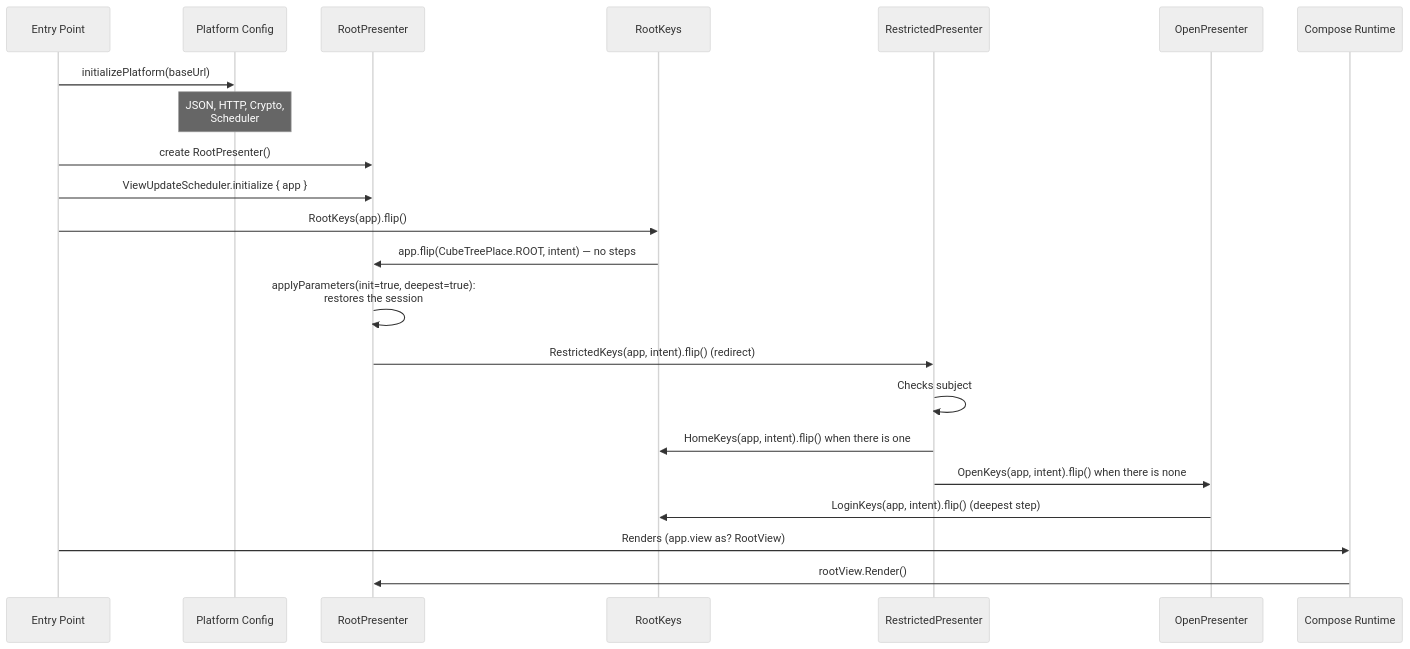
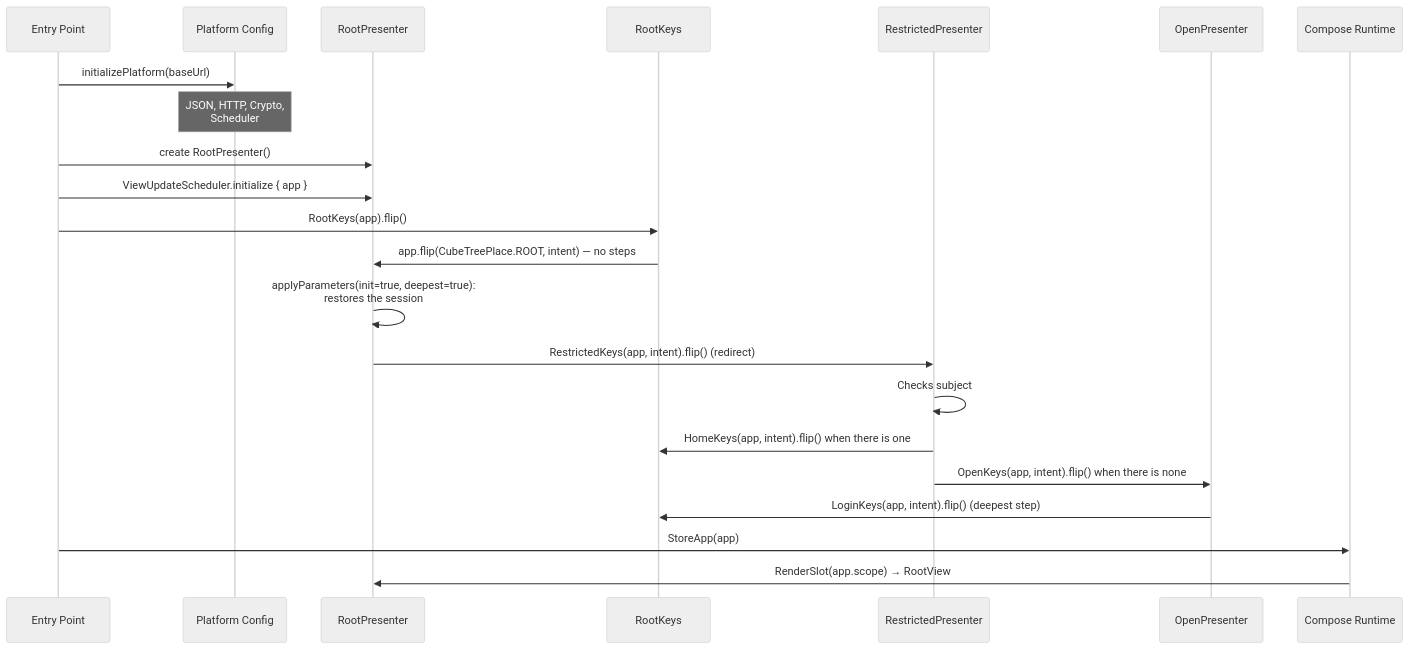
The ninth of 10 diagrams in docs/architecture.md (mrcdom/wdc-cube-kotlin), drawn with Mermaid (neutral theme) before and after one commit. The commit also changed other lines of this file and 38 other files, not shown here.

````diff
--- a/docs/architecture.md
+++ b/docs/architecture.md
@@ -527,27 +538,27 @@
 ```mermaid
 sequenceDiagram
     participant Main as Entry Point
     participant Platform as Platform Config
     participant App as RootPresenter
     participant Keys as RootKeys
     participant Rs as RestrictedPresenter
     participant Op as OpenPresenter
     participant Compose as Compose Runtime
 
     Main->>Platform: initializePlatform(baseUrl)
     Note over Platform: JSON, HTTP, Crypto,<br/>Scheduler
 
     Main->>App: create RootPresenter()
     Main->>App: ViewUpdateScheduler.initialize { app }
     Main->>Keys: RootKeys(app).flip()
     Keys->>App: app.flip(CubeTreePlace.ROOT, intent) — no steps
     App->>App: applyParameters(init=true, deepest=true):<br/>restores the session
     App->>Rs: RestrictedKeys(app, intent).flip() (redirect)
     Rs->>Rs: Checks subject
     Rs->>Keys: HomeKeys(app, intent).flip() when there is one
     Rs->>Op: OpenKeys(app, intent).flip() when there is none
     Op->>Keys: LoginKeys(app, intent).flip() (deepest step)
 
-    Main->>Compose: Renders (app.view as? RootView)
-    Compose->>App: rootView.Render()
+    Main->>Compose: StoreApp(app)
+    Compose->>App: RenderSlot(app.scope) → RootView
 ```
````
